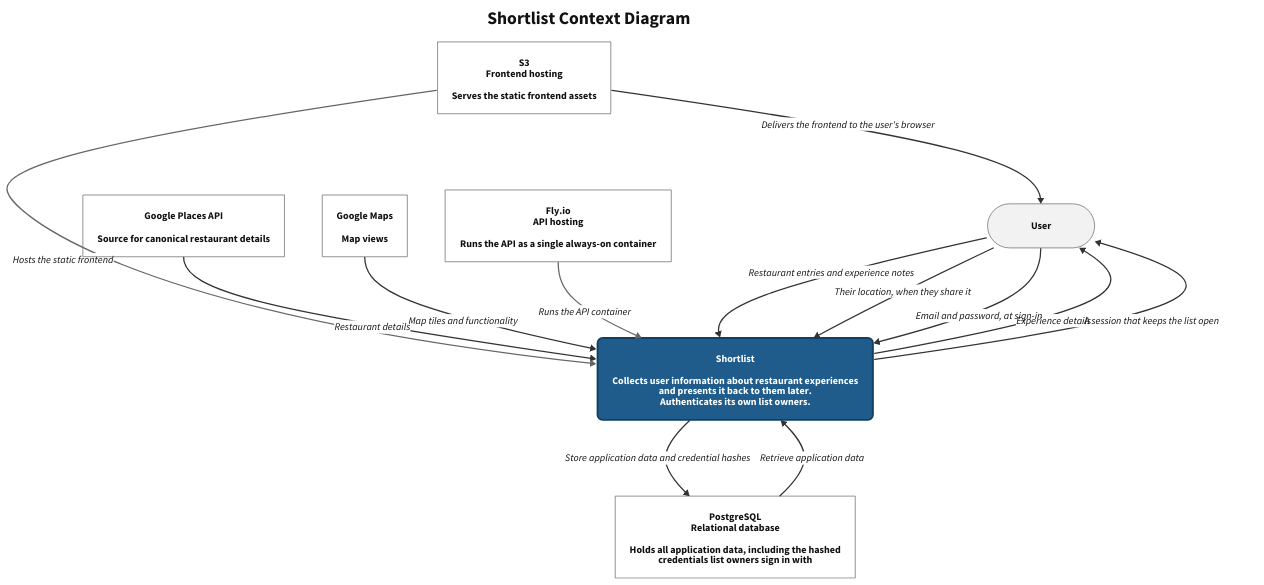
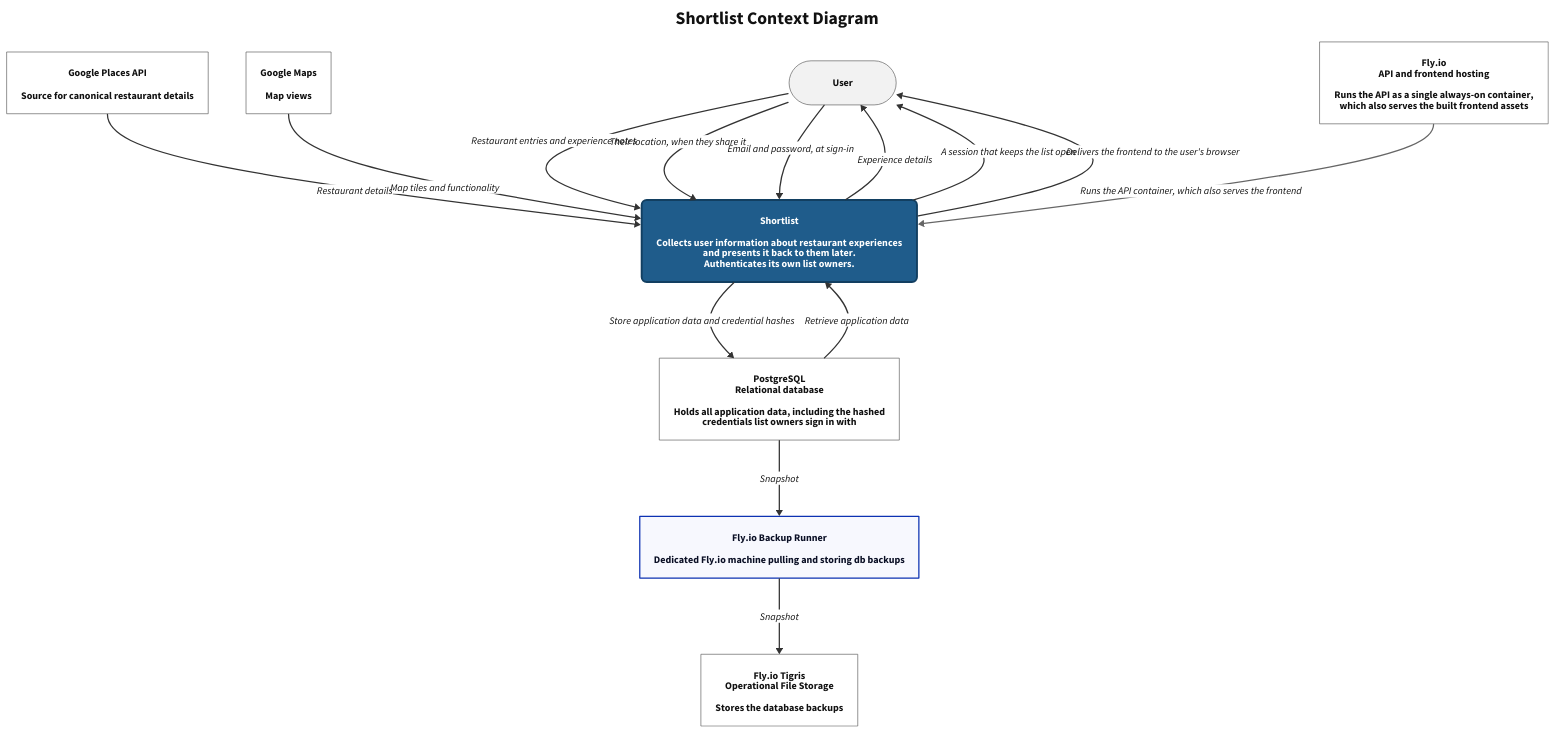
One commit to arches/shortlist changed the diagram in docs/shortlist.context.d2. Above: the diagram before and after it, drawn with D2. The commit also changed 2 other files, not shown here.

```diff
--- a/docs/shortlist.context.d2
+++ b/docs/shortlist.context.d2
@@ -1,116 +1,118 @@
 # alloy: context-diagram
 # Render: d2 docs/shortlist.context.d2 docs/shortlist.context.svg
 #
 # Labels use the quoted "line\nline" form, not |md| block strings: a markdown
 # label replaces the node's shape, which silently drops stroke and
 # border-radius and leaves a white box with no border.
 
 vars: {
   d2-config: {
     layout-engine: dagre
     theme-id: 0
     pad: 24
   }
 }
 
 # Paint the canvas, so dark text never lands on a host's dark background.
 style: {
   fill: "#ffffff"
 }
 
 # Fill and font-color are one decision, set together in every class below.
 classes: {
   subject: {
     style: {
       fill: "#1f5c8b"
       stroke: "#123f61"
       stroke-width: 3
       border-radius: 8
       font-color: "#ffffff"
     }
   }
   external: {
     style: {
       fill: "#ffffff"
       stroke: "#555555"
       stroke-width: 1
       font-color: "#111111"
     }
   }
   actor: {
     width: 170
     height: 70
     style: {
       fill: "#f2f2f2"
       stroke: "#555555"
       stroke-width: 1
       border-radius: 40
       font-color: "#111111"
     }
   }
   flow: {
     style: {
       stroke: "#333333"
       stroke-width: 2
       font-color: "#111111"
     }
   }
   platform: {
     style: {
       stroke: "#666666"
       stroke-width: 2
       font-color: "#111111"
     }
   }
 }
 
 title: Shortlist Context Diagram {
   near: top-center
   shape: text
   style: {
     font-size: 28
     bold: true
     font-color: "#111111"
   }
 }
 
 user: User {
   class: actor
 }
 
 shortlist: "Shortlist\n\nCollects user information about restaurant experiences\nand presents it back to them later.\nAuthenticates its own list owners." {
   class: subject
 }
 
 database: "PostgreSQL\nRelational database\n\nHolds all application data, including the hashed\ncredentials list owners sign in with" {
   class: external
 }
+backups: "Fly.io Backup Runner\n\nDedicated Fly.io machine pulling and storing db backups"
 
-s3: "S3\nFrontend hosting\n\nServes the static frontend assets" {
+tigris: "Fly.io Tigris\nOperational File Storage\n\nStores the database backups" {
   class: external
 }
 
 google-places-api: "Google Places API\n\nSource for canonical restaurant details" {
   class: external
 }
 
 google-maps: "Google Maps\n\nMap views" {
   class: external
 }
 
-fly: "Fly.io\nAPI hosting\n\nRuns the API as a single always-on container" {
+fly: "Fly.io\nAPI and frontend hosting\n\nRuns the API as a single always-on container,\nwhich also serves the built frontend assets" {
   class: external
 }
 
 user -> shortlist: Restaurant entries and experience notes {class: flow}
 shortlist -> user: Experience details {class: flow}
 user -> shortlist: Their location, when they share it {class: flow}
 google-places-api -> shortlist: Restaurant details {class: flow}
 google-maps -> shortlist: Map tiles and functionality {class: flow}
 user -> shortlist: Email and password, at sign-in {class: flow}
 shortlist -> user: A session that keeps the list open {class: flow}
 shortlist -> database: Store application data and credential hashes {class: flow}
 database -> shortlist: Retrieve application data {class: flow}
-s3 -> shortlist: Hosts the static frontend {class: platform}
-s3 -> user: Delivers the frontend to the user's browser {class: flow}
-fly -> shortlist: Runs the API container {class: platform}
+database -> backups: Snapshot {class: flow}
+backups -> tigris: Snapshot {class: flow}
+shortlist -> user: Delivers the frontend to the user's browser {class: flow}
+fly -> shortlist: Runs the API container, which also serves the frontend {class: platform}
```
